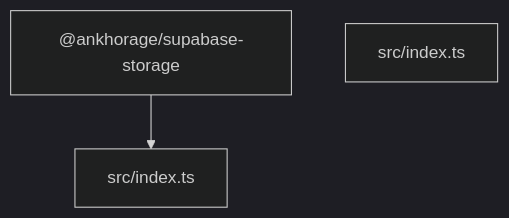
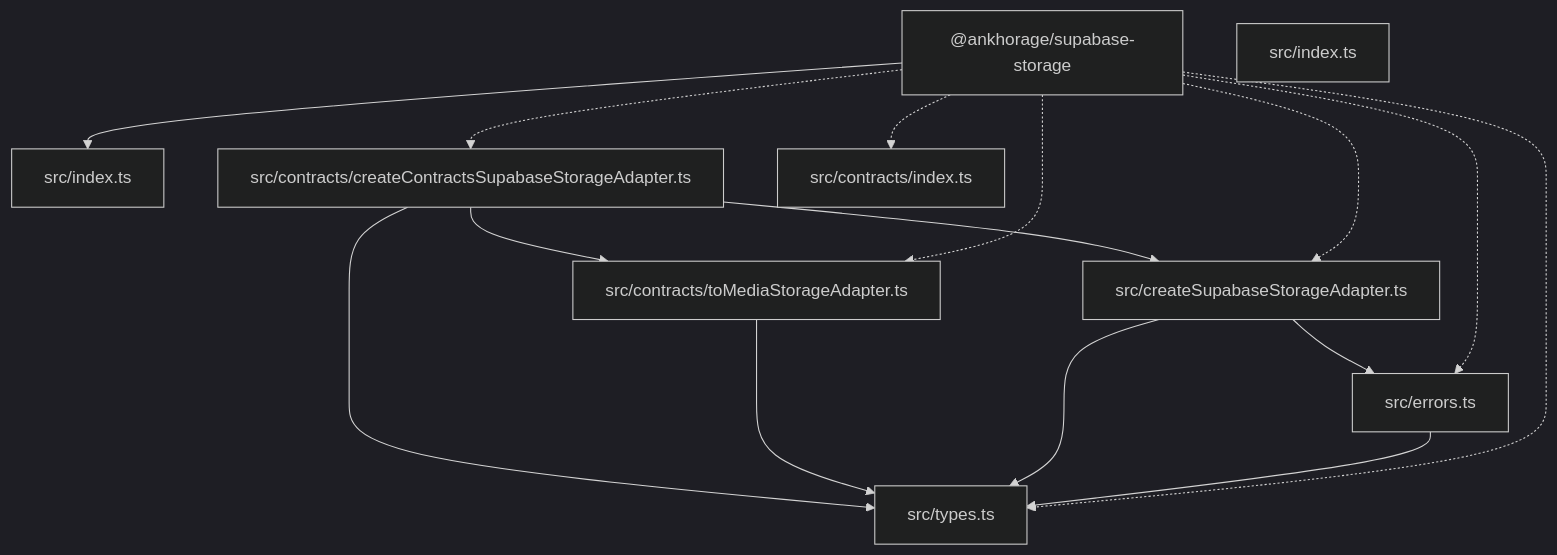
The diagram in README.md (ankhorage/supabase-storage), drawn with Mermaid (dark theme) before and after one commit. The commit also changed other lines of this file and 14 other files, not shown here.

Commit message:
Validate ADM-14 Supabase media storage

````diff
--- a/README.md
+++ b/README.md
@@ -79,7 +25,26 @@
 ```mermaid
 graph TD
   package__ankhorage_supabase_storage["@ankhorage/supabase-storage"]
   entrypoint_src_index_ts["src/index.ts"]
   package__ankhorage_supabase_storage --> entrypoint_src_index_ts
+  module_src_contracts_createContractsSupabaseStorageAdapter_ts["src/contracts/createContractsSupabaseStorageAdapter.ts"]
+  package__ankhorage_supabase_storage -.-> module_src_contracts_createContractsSupabaseStorageAdapter_ts
+  module_src_contracts_createContractsSupabaseStorageAdapter_ts --> module_src_contracts_toMediaStorageAdapter_ts
+  module_src_contracts_createContractsSupabaseStorageAdapter_ts --> module_src_createSupabaseStorageAdapter_ts
+  module_src_contracts_createContractsSupabaseStorageAdapter_ts --> module_src_types_ts
+  module_src_contracts_index_ts["src/contracts/index.ts"]
+  package__ankhorage_supabase_storage -.-> module_src_contracts_index_ts
+  module_src_contracts_toMediaStorageAdapter_ts["src/contracts/toMediaStorageAdapter.ts"]
+  package__ankhorage_supabase_storage -.-> module_src_contracts_toMediaStorageAdapter_ts
+  module_src_contracts_toMediaStorageAdapter_ts --> module_src_types_ts
+  module_src_createSupabaseStorageAdapter_ts["src/createSupabaseStorageAdapter.ts"]
+  package__ankhorage_supabase_storage -.-> module_src_createSupabaseStorageAdapter_ts
+  module_src_createSupabaseStorageAdapter_ts --> module_src_errors_ts
+  module_src_createSupabaseStorageAdapter_ts --> module_src_types_ts
+  module_src_errors_ts["src/errors.ts"]
+  package__ankhorage_supabase_storage -.-> module_src_errors_ts
+  module_src_errors_ts --> module_src_types_ts
   module_src_index_ts["src/index.ts"]
+  module_src_types_ts["src/types.ts"]
+  package__ankhorage_supabase_storage -.-> module_src_types_ts
 ```
````
